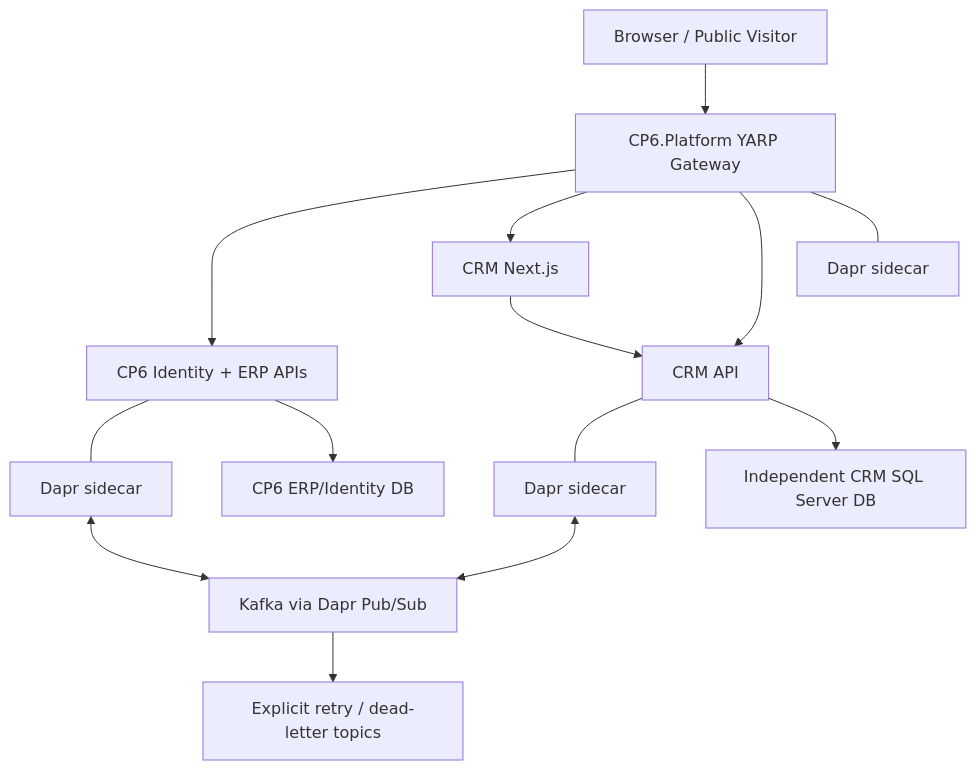
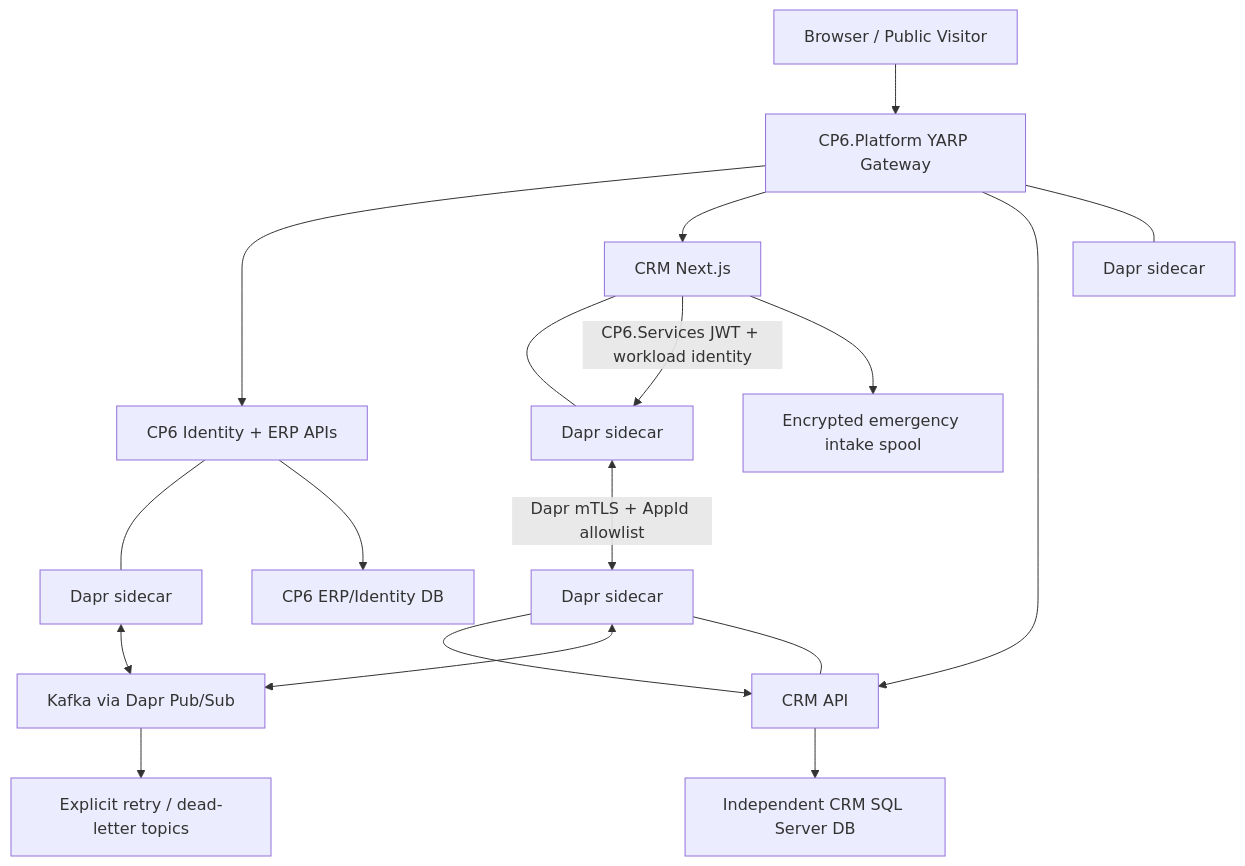
The first of 3 diagrams in docs/crm/CRM-V1-EXECUTABLE-SPEC.md (GTX537/CP6), drawn with Mermaid before and after one commit. The commit also changed other lines of this file and 6 other files, not shown here.

````diff
--- a/docs/crm/CRM-V1-EXECUTABLE-SPEC.md
+++ b/docs/crm/CRM-V1-EXECUTABLE-SPEC.md
@@ -117,16 +130,20 @@
 ```mermaid
 flowchart TB
     Browser["Browser / Public Visitor"] --> GW["CP6.Platform YARP Gateway"]
     GW --> CP6["CP6 Identity + ERP APIs"]
     GW --> CRMWeb["CRM Next.js"]
     GW --> CRMApi["CRM API"]
-    CRMWeb --> CRMApi
+    CRMWeb --- DW["Dapr sidecar"]
+    CRMWeb -->|"CP6.Services JWT + workload identity"| DW
     CP6 --- D1["Dapr sidecar"]
     CRMApi --- D2["Dapr sidecar"]
     GW --- D3["Dapr sidecar"]
     D1 <--> Kafka["Kafka via Dapr Pub/Sub"]
+    DW <-->|"Dapr mTLS + AppId allowlist"| D2
+    D2 --> CRMApi
     D2 <--> Kafka
     CRMApi --> CRMDB["Independent CRM SQL Server DB"]
+    CRMWeb --> Spool["Encrypted emergency intake spool"]
     CP6 --> CP6DB["CP6 ERP/Identity DB"]
     Kafka --> DLQ["Explicit retry / dead-letter topics"]
 ```
````
